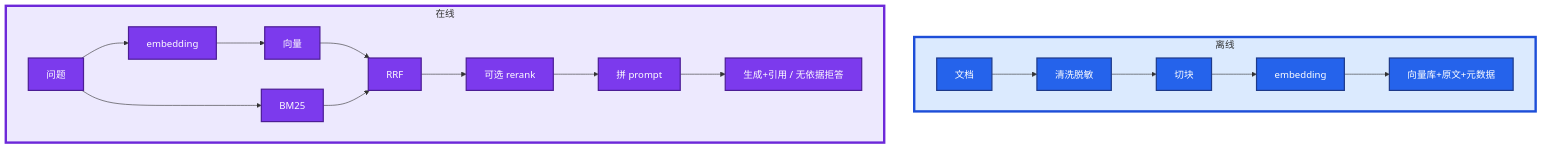
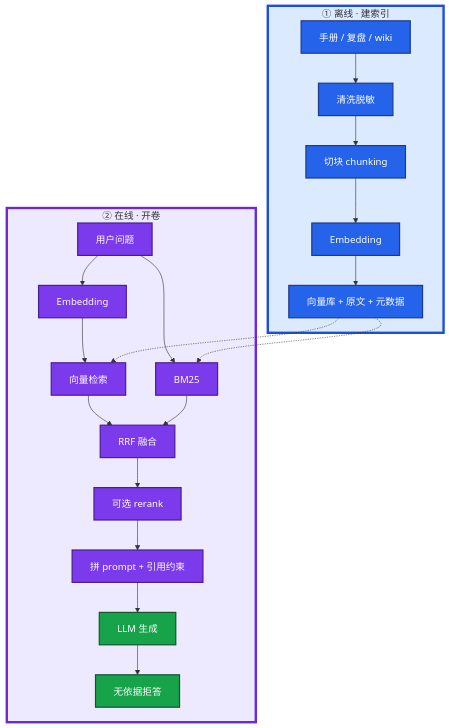
Before and after one commit to ml-cuizijun/LearnToLilith: the first of 3 diagrams in 09-AI与智能运维/03-RAG检索增强/练习题.md, drawn with Mermaid. The commit also changed other lines of this file and 213 other files, not shown here.

````diff
--- a/09-AI与智能运维/03-RAG检索增强/练习题.md
+++ b/09-AI与智能运维/03-RAG检索增强/练习题.md
@@ -44,22 +43,30 @@
 ```mermaid
 flowchart TB
-    subgraph off ["离线"]
-        d[文档] --> c[清洗脱敏] --> k[切块] --> e[embedding] --> s[向量库+原文+元数据]
+    subgraph off ["① 离线 · 建索引"]
+        d[手册 / 复盘 / wiki] --> c[清洗脱敏]
+        c --> k[切块 chunking]
+        k --> e[Embedding]
+        e --> s[向量库 + 原文 + 元数据]
     end
-    subgraph on ["在线"]
-        q[问题] --> e2[embedding]
+    subgraph on ["② 在线 · 开卷"]
+        q[用户问题] --> e2[Embedding]
         q --> bm[BM25]
-        e2 --> v[向量]
-        v --> rrf[RRF]
+        e2 --> v[向量检索]
+        v --> rrf[RRF 融合]
         bm --> rrf
         rrf --> rr[可选 rerank]
-        rr --> p[拼 prompt]
-        p --> g[生成+引用 / 无依据拒答]
+        rr --> p[拼 prompt + 引用约束]
+        p --> g[LLM 生成]
+        g --> r[无依据拒答]
     end
+    s -.-> v
+    s -.-> bm
     classDef a fill:#2563EB,stroke:#1E3A8A,stroke-width:2px,color:#fff
     classDef b fill:#7C3AED,stroke:#4C1D95,stroke-width:2px,color:#fff
+    classDef c fill:#16A34A,stroke:#14532D,stroke-width:2px,color:#fff
     class d,c,k,e,s a
-    class q,e2,bm,v,rrf,rr,p,g b
+    class q,e2,bm,v,rrf,rr,p b
+    class g,r c
     style off fill:#DBEAFE,stroke:#1D4ED8,stroke-width:4px
     style on fill:#EDE9FE,stroke:#6D28D9,stroke-width:4px
 ```
````
